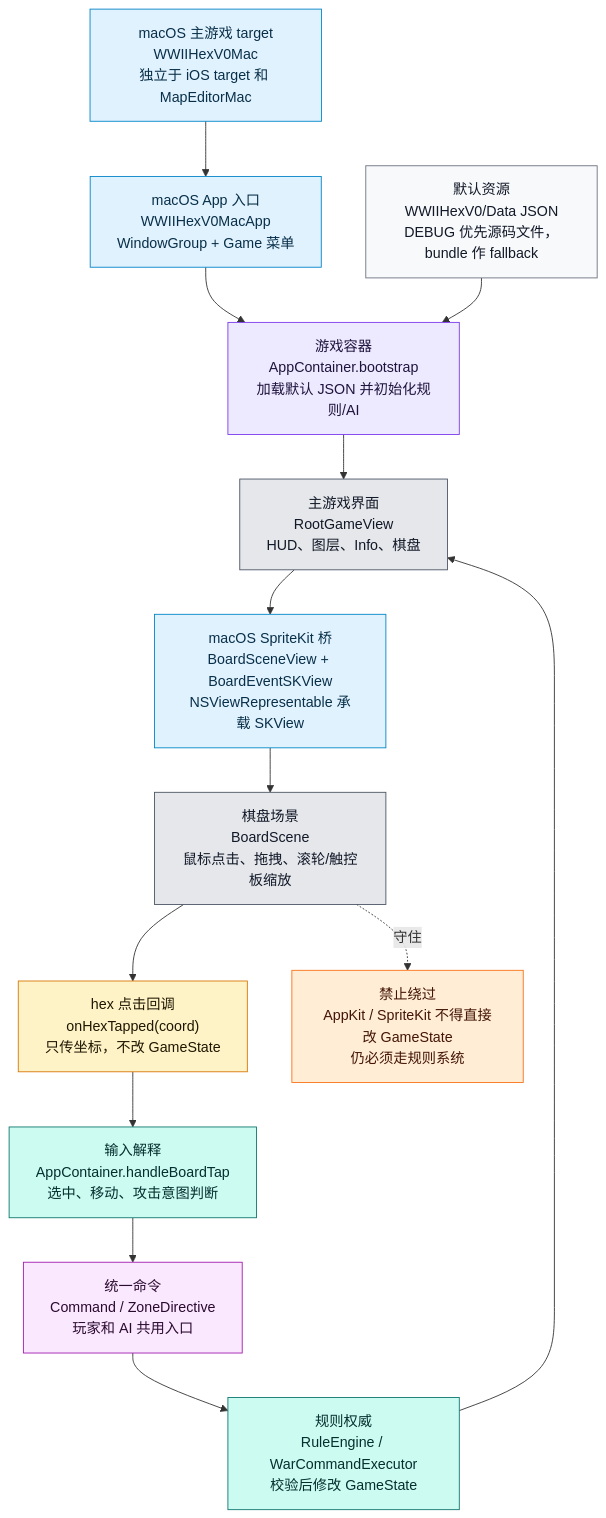
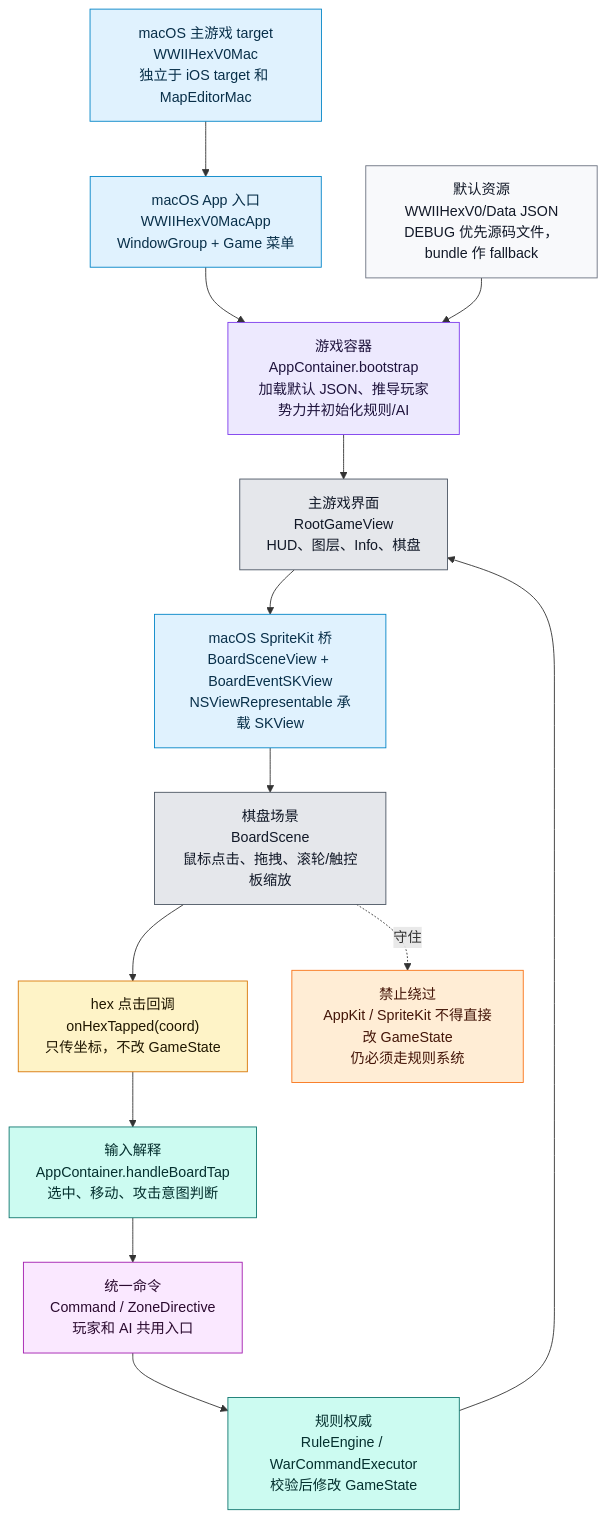
Before and after one commit to Altman-sam114/126: the seventh of 9 diagrams in md/flow/flowchart.md, drawn with Mermaid. The commit also changed 16 other files, not shown here.

````diff
--- a/md/flow/flowchart.md
+++ b/md/flow/flowchart.md
@@ -388,30 +388,30 @@
 ```mermaid
 flowchart TD
     TARGET["macOS 主游戏 target<br/>WWIIHexV0Mac<br/>独立于 iOS target 和 MapEditorMac"]:::platform
     APP["macOS App 入口<br/>WWIIHexV0MacApp<br/>WindowGroup + Game 菜单"]:::platform
-    BOOT["游戏容器<br/>AppContainer.bootstrap<br/>加载默认 JSON 并初始化规则/AI"]:::state
+    BOOT["游戏容器<br/>AppContainer.bootstrap<br/>加载默认 JSON、推导玩家势力并初始化规则/AI"]:::state
     ROOT["主游戏界面<br/>RootGameView<br/>HUD、图层、Info、棋盘"]:::ui
     BRIDGE["macOS SpriteKit 桥<br/>BoardSceneView + BoardEventSKView<br/>NSViewRepresentable 承载 SKView"]:::platform
     SCENE["棋盘场景<br/>BoardScene<br/>鼠标点击、拖拽、滚轮/触控板缩放"]:::ui
     TAP["hex 点击回调<br/>onHexTapped(coord)<br/>只传坐标，不改 GameState"]:::input
     CONTAINER["输入解释<br/>AppContainer.handleBoardTap<br/>选中、移动、攻击意图判断"]:::rules
     COMMAND["统一命令<br/>Command / ZoneDirective<br/>玩家和 AI 共用入口"]:::command
     ENGINE["规则权威<br/>RuleEngine / WarCommandExecutor<br/>校验后修改 GameState"]:::rules
     DATA["默认资源<br/>WWIIHexV0/Data JSON<br/>DEBUG 优先源码文件，bundle 作 fallback"]:::data
 
     TARGET --> APP --> BOOT --> ROOT --> BRIDGE --> SCENE --> TAP --> CONTAINER --> COMMAND --> ENGINE
     DATA --> BOOT
     ENGINE --> ROOT
 
     WARN["禁止绕过<br/>AppKit / SpriteKit 不得直接改 GameState<br/>仍必须走规则系统"]:::warn
     SCENE -.守住.-> WARN
 
     classDef platform fill:#e0f2fe,stroke:#0284c7,color:#082f49
     classDef state fill:#ede9fe,stroke:#7c3aed,color:#1f143d
     classDef ui fill:#e5e7eb,stroke:#4b5563,color:#111827
     classDef input fill:#fef3c7,stroke:#d97706,color:#1f1600
     classDef command fill:#fae8ff,stroke:#a21caf,color:#2a0a2f
     classDef rules fill:#ccfbf1,stroke:#0f766e,color:#042f2e
     classDef data fill:#f8f9fb,stroke:#6b7280,color:#111827
     classDef warn fill:#ffedd5,stroke:#f97316,color:#431407
 ```
````
